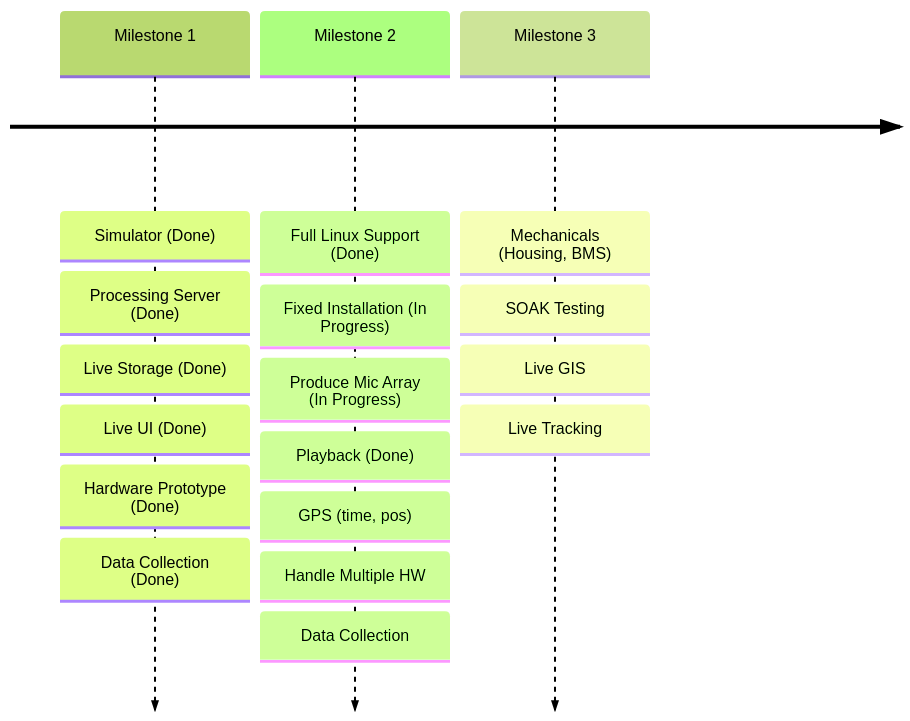
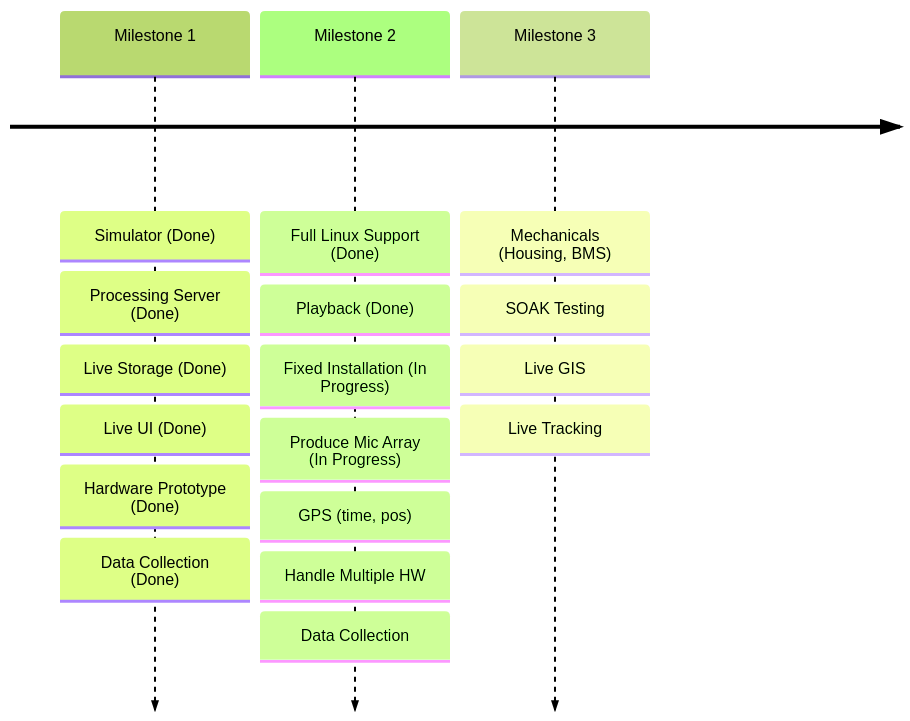
The second of 2 diagrams in profile/README.md (Sense-Scape/.github), drawn with Mermaid (forest theme) before and after one commit.

````diff
--- a/profile/README.md
+++ b/profile/README.md
@@ -54,8 +54,8 @@
 ``` mermaid
 
 timeline
     Milestone 1 : Simulator (Done) : Processing Server (Done) : Live Storage (Done) : Live UI (Done) : Hardware Prototype (Done) : Data Collection (Done)
-    Milestone 2 : Full Linux Support (Done) : Fixed Installation (In Progress) : Produce Mic Array (In Progress) : Playback (Done) : GPS (time, pos) : Handle Multiple HW : Data Collection
+    Milestone 2 : Full Linux Support (Done) : Playback (Done) : Fixed Installation (In Progress) : Produce Mic Array (In Progress)  : GPS (time, pos) : Handle Multiple HW : Data Collection
     Milestone 3 : Mechanicals (Housing, BMS) : SOAK Testing : Live GIS : Live Tracking
 
 ```
````
